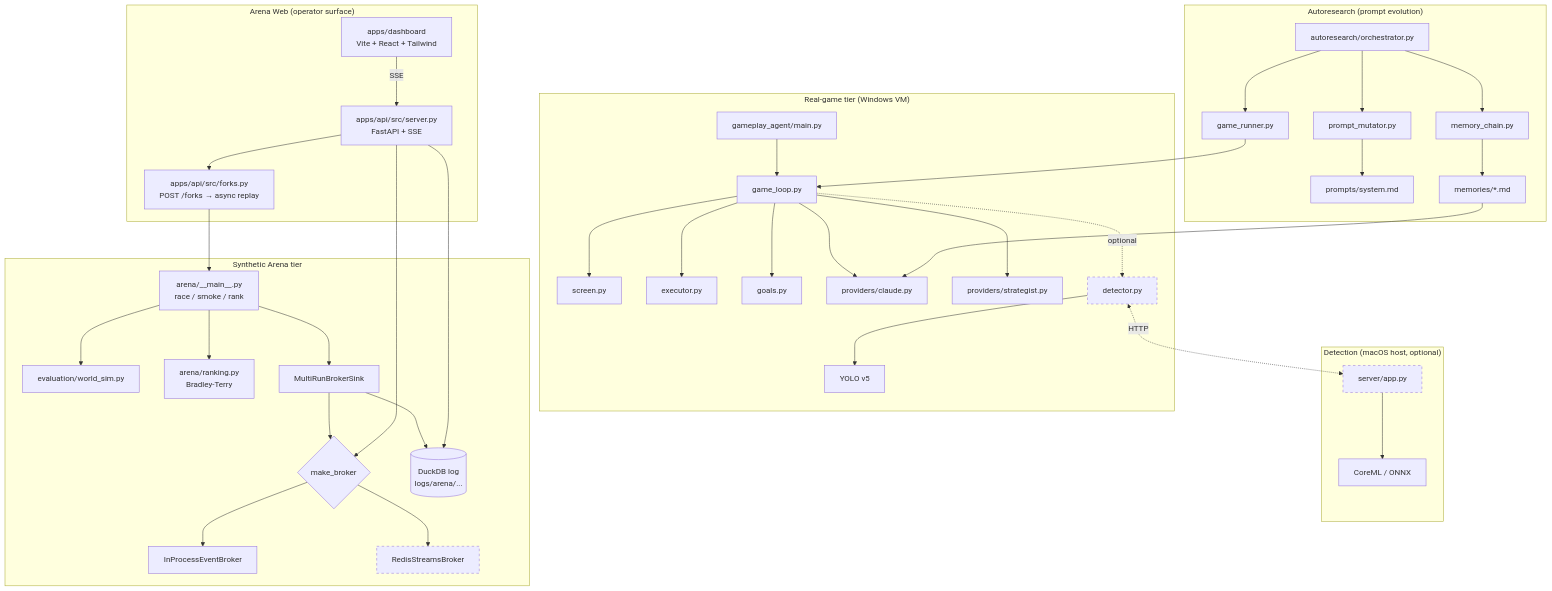
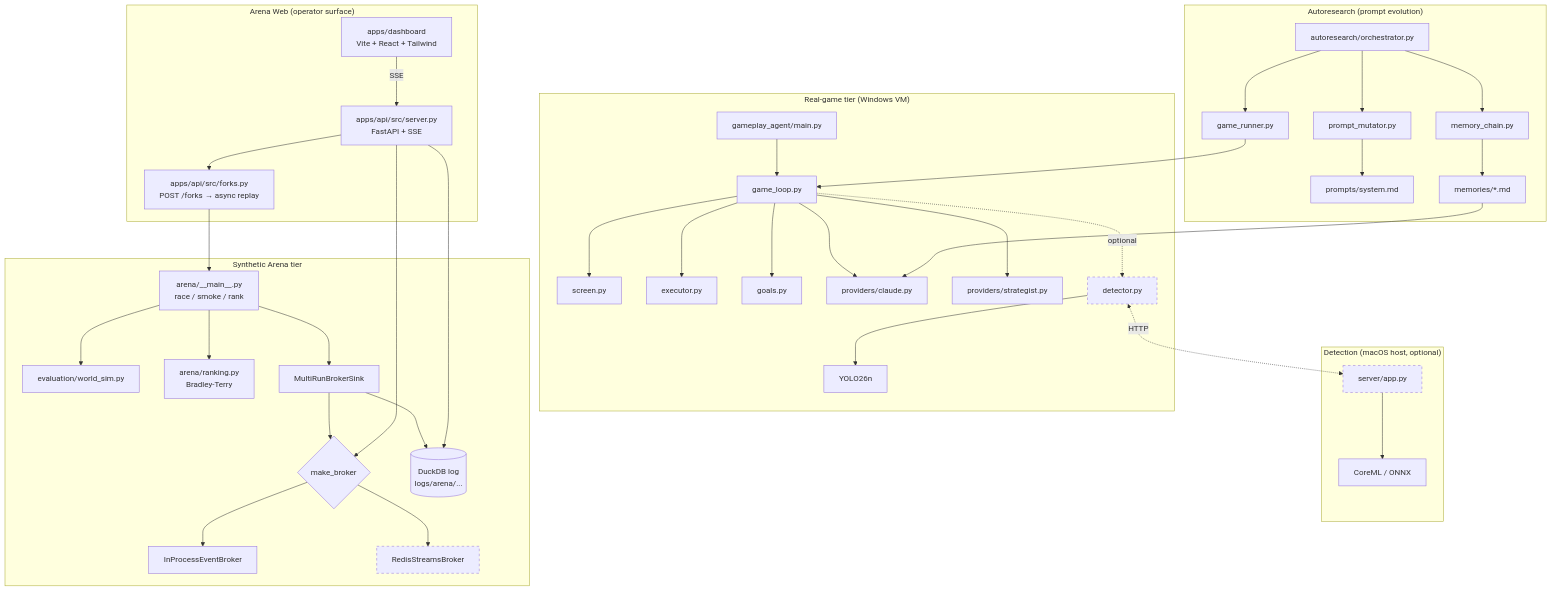
The diagram in docs/index.md (dobosmarton/aoe2-agent), drawn with Mermaid before and after one commit. The commit also changed other lines of this file and 10 other files, not shown here.

````diff
--- a/docs/index.md
+++ b/docs/index.md
@@ -9,50 +9,50 @@
 ```mermaid
 graph TD
     subgraph "Real-game tier (Windows VM)"
         MAIN[gameplay_agent/main.py] --> LOOP[game_loop.py]
         LOOP --> SCREEN[screen.py]
         LOOP --> EXEC[executor.py]
         LOOP --> GOALS[goals.py]
         LOOP --> PROV[providers/claude.py]
         LOOP --> STRAT[providers/strategist.py]
         LOOP -.->|optional| DET[detector.py]
-        DET --> YOLO[YOLO v5]
+        DET --> YOLO[YOLO26n]
     end
 
     subgraph "Detection (macOS host, optional)"
         DET <-.->|HTTP| SRV[server/app.py]
         SRV --> COREML[CoreML / ONNX]
     end
 
     subgraph "Synthetic Arena tier"
         CLI[arena/__main__.py<br/>race / smoke / rank] --> WORLD[evaluation/world_sim.py]
         CLI --> RANK[arena/ranking.py<br/>Bradley-Terry]
         CLI --> SINK[MultiRunBrokerSink]
         SINK --> BROKER{make_broker}
         BROKER --> INPROC[InProcessEventBroker]
         BROKER --> REDIS[RedisStreamsBroker]
         SINK --> DUCK[(DuckDB log<br/>logs/arena/...)]
     end
 
     subgraph "Arena Web (operator surface)"
         WEB[apps/api/src/server.py<br/>FastAPI + SSE] --> BROKER
         WEB --> DUCK
         WEB --> FORK[apps/api/src/forks.py<br/>POST /forks → async replay]
         FORK --> CLI
         UI[apps/dashboard<br/>Vite + React + Tailwind] -->|SSE| WEB
     end
 
     subgraph "Autoresearch (prompt evolution)"
         AR[autoresearch/orchestrator.py] --> MUT[prompt_mutator.py]
         MUT --> SYSP[prompts/system.md]
         AR --> RUN[game_runner.py]
         RUN --> LOOP
         AR --> MEM[memory_chain.py]
         MEM --> MEMDIR[memories/*.md]
         MEMDIR --> PROV
     end
 
     style DET stroke-dasharray: 5 5
     style SRV stroke-dasharray: 5 5
     style REDIS stroke-dasharray: 5 5
 ```
````
